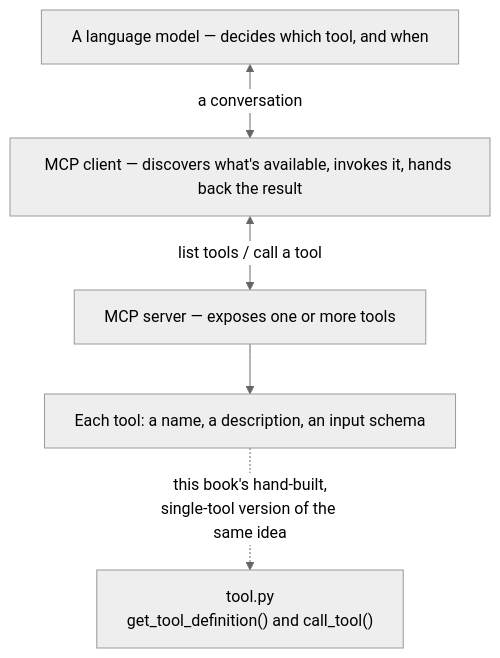
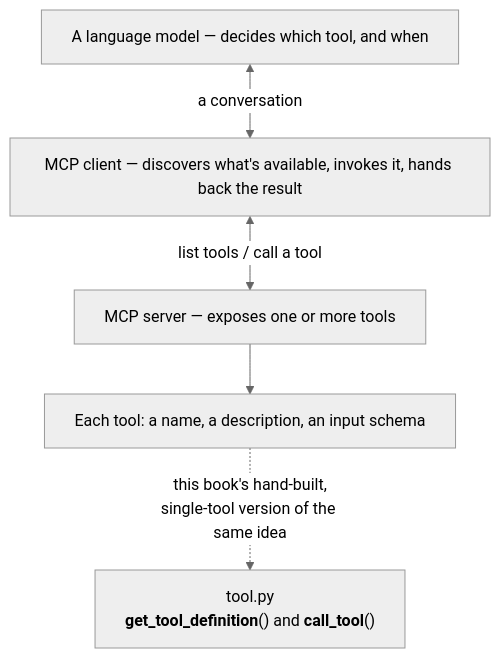
Before and after one commit to rioffe/intro_to_ai_software_engineering: the third of 3 diagrams in manuscript/11-tool-interface.md, drawn with Mermaid (neutral theme). The commit also changed other lines of this file and 17 other files, not shown here.

First line of the commit message:
Diagram readability pass, and keep diagrams with their intro sentence

````diff
--- a/manuscript/11-tool-interface.md
+++ b/manuscript/11-tool-interface.md
@@ -270,18 +270,18 @@
 ```mermaid
 ---
 config:
   flowchart:
     wrappingWidth: 420
 ---
 flowchart TD
     MODEL["A language model — decides which tool, and when"]
     CLIENT["MCP client — discovers what's available, invokes it, hands back the result"]
     SERVER["MCP server — exposes one or more tools"]
     DEF["Each tool: a name, a description, an input schema"]
 
     MODEL <-->|"a conversation"| CLIENT
     CLIENT <-->|"list tools / call a tool"| SERVER
     SERVER --> DEF
 
-    DEF -.->|"this book's hand-built,<br/>single-tool version of the same idea"| TOOLPY["tool.py<br/>get_tool_definition() and call_tool()"]
+    DEF -.->|"this book's hand-built,<br/>single-tool version of the same idea"| TOOLPY["tool.py<br/><b>get_tool_definition</b>() and <b>call_tool</b>()"]
 ```
````
